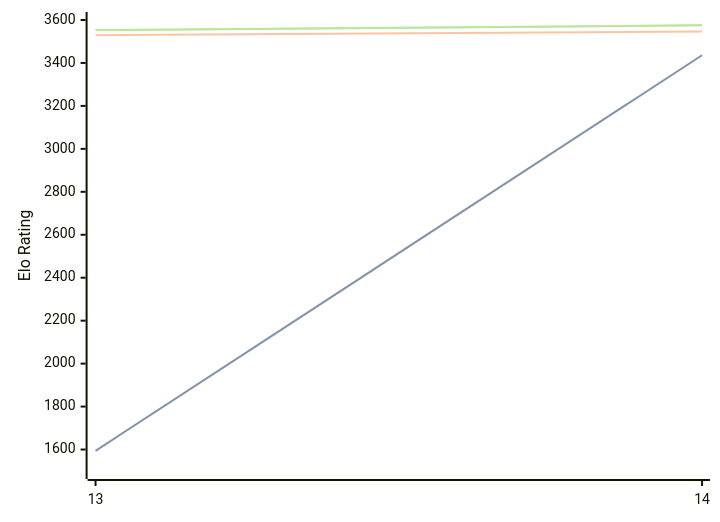
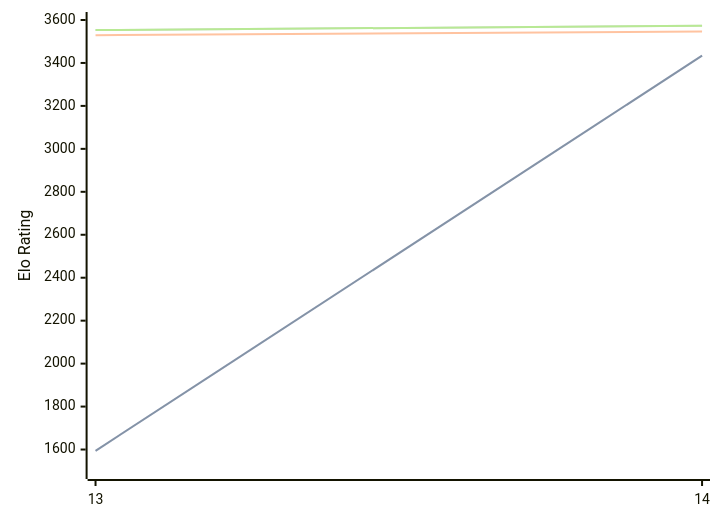
Before and after one commit to computer-chess-index/cci: the diagram in engines/Berserk.md, drawn with Mermaid. The commit also changed other lines of this file, not shown here.

Commit message:
Update CCI Ratings (ELO VLTC) - 2026-09-01

````diff
--- a/engines/Berserk.md
+++ b/engines/Berserk.md
@@ -33,11 +33,11 @@
 ```mermaid
 %%{init: {"theme":"base","themeVariables":{"seriesColors:['#a3a3a3','#222221','#faa371']}}}%%
 xychart-beta
   x-axis ["13", "14"]
   y-axis "Elo Rating" 1500 --> 3600
-  line "" [1594, 3436]
-  line "STC (8.0+0.08s)" [1594, 3436]
+  line "" [1594, 3434]
+  line "STC (8.0+0.08s)" [1594, 3434]
   line "LTC (60.0+0.60s)" [3529, 3546]
-  line "" [3553, 3575]
-  line "VLTC (2m24s+1.12s)" [3553, 3575]
+  line "" [3553, 3573]
+  line "VLTC (2m24s+1.12s)" [3553, 3573]
 ```
````
